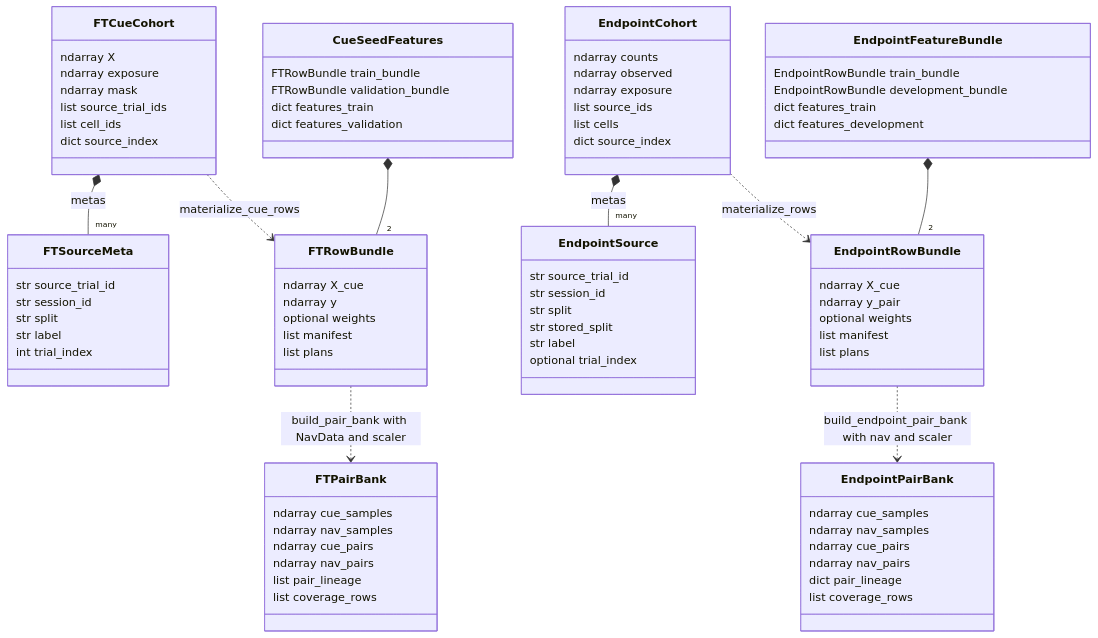
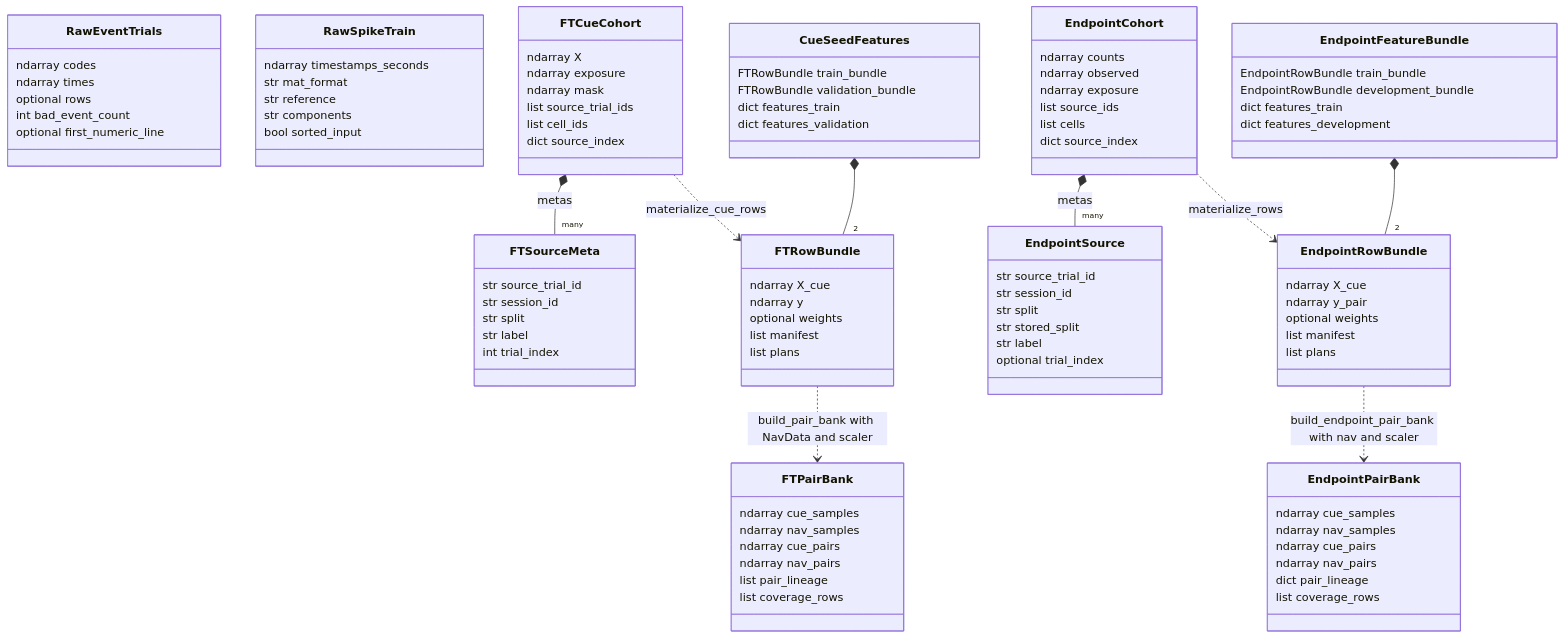
The third of 6 diagrams in docs/software-design.md (Hong-yiii/neuro_science), drawn with Mermaid before and after one commit. The commit also changed other lines of this file and 20 other files, not shown here.

````diff
--- a/docs/software-design.md
+++ b/docs/software-design.md
@@ -131,5 +167,19 @@
 ```mermaid
 classDiagram
+    class RawEventTrials {
+        ndarray codes
+        ndarray times
+        optional rows
+        int bad_event_count
+        optional first_numeric_line
+    }
+    class RawSpikeTrain {
+        ndarray timestamps_seconds
+        str mat_format
+        str reference
+        str components
+        bool sorted_input
+    }
     class FTSourceMeta {
         str source_trial_id
         str session_id
````
